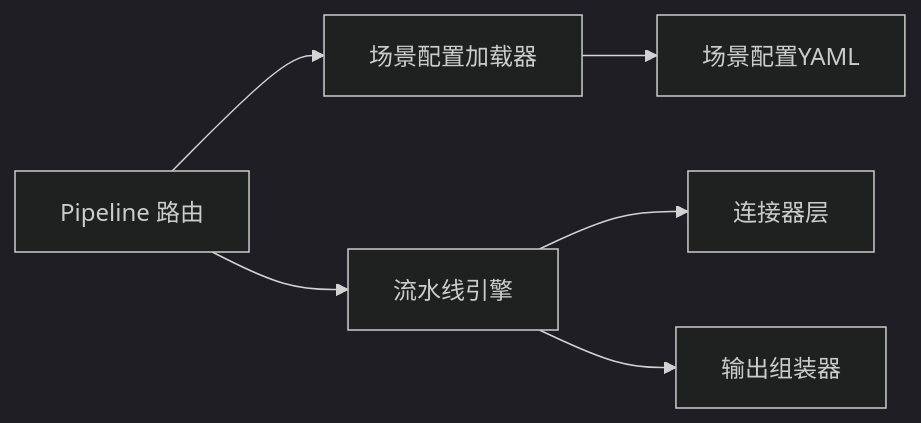
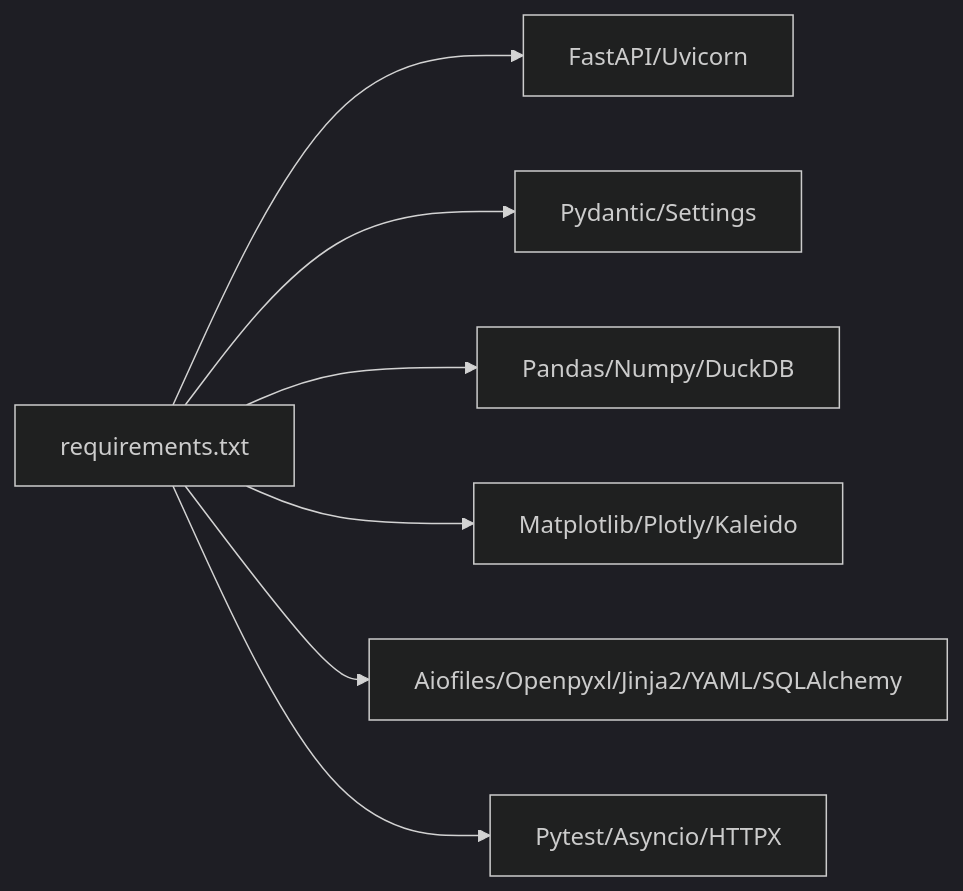
One commit to liang996plus/qoder_cn changed the sixth of 6 diagrams in .qoder/repowiki/zh/content/配置管理.md. Above: the diagram before and after it, drawn with Mermaid (dark theme). The commit also changed other lines of this file and 100 other files, not shown here.

````diff
--- a/.qoder/repowiki/zh/content/配置管理.md
+++ b/.qoder/repowiki/zh/content/配置管理.md
@@ -262,8 +285,9 @@
 ```mermaid
 graph LR
-Router["Pipeline 路由"] --> Loader["场景配置加载器"]
-Router --> Engine["流水线引擎"]
-Engine --> Connectors["连接器层"]
-Engine --> Output["输出组装器"]
-Loader --> YAML["场景配置YAML"]
+R["requirements.txt"] --> F["FastAPI/Uvicorn"]
+R --> P["Pydantic/Settings"]
+R --> D["Pandas/Numpy/DuckDB"]
+R --> V["Matplotlib/Plotly/Kaleido"]
+R --> IO["Aiofiles/Openpyxl/Jinja2/YAML/SQLAlchemy"]
+R --> T["Pytest/Asyncio/HTTPX"]
 ```
````
